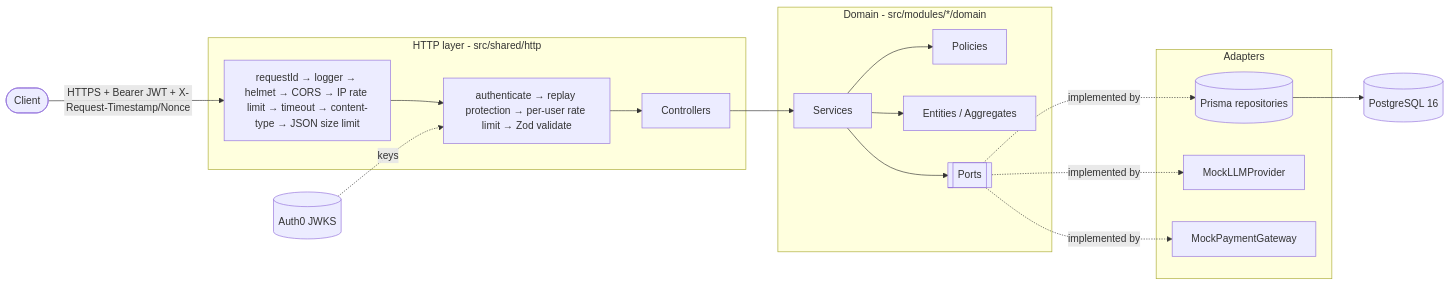
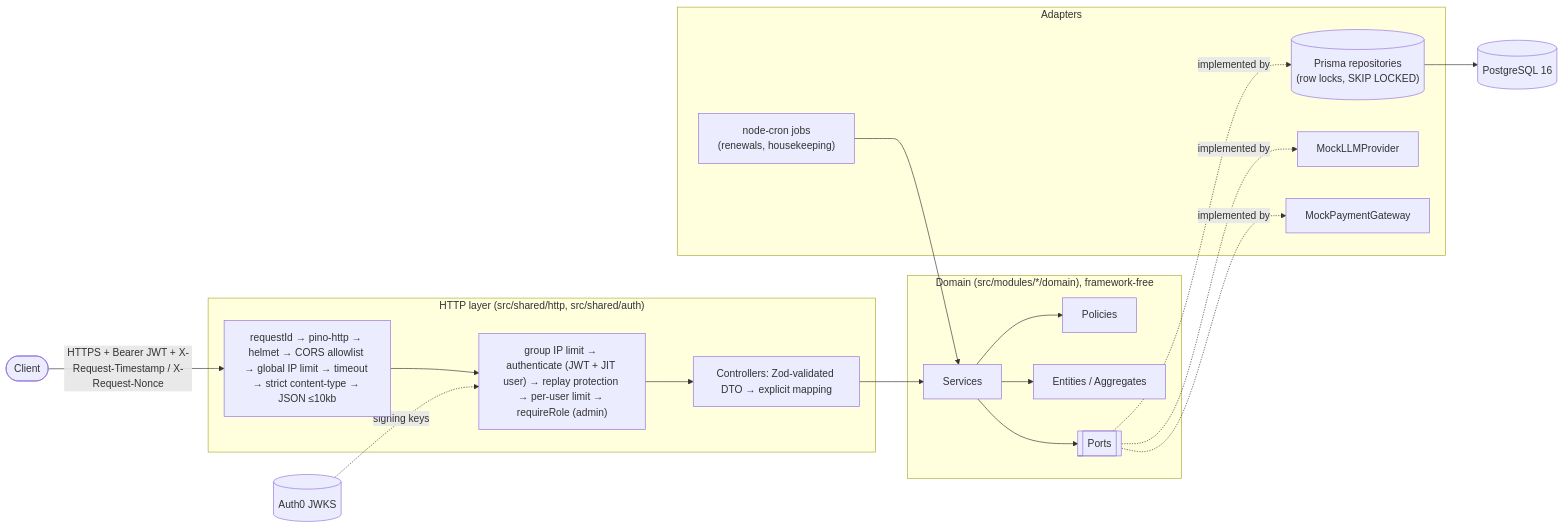
One commit to shees-commits/Muhammad_Shees changed the first of 3 diagrams in README.md. Above: the diagram before and after it, drawn with Mermaid. The commit also changed other lines of this file and 14 other files, not shown here.

````diff
--- a/README.md
+++ b/README.md
@@ -36,30 +43,32 @@
 ```mermaid
 flowchart LR
-  client([Client]) -->|HTTPS + Bearer JWT + X-Request-Timestamp/Nonce| mw
+  client([Client]) -->|HTTPS + Bearer JWT + X-Request-Timestamp / X-Request-Nonce| mw
 
-  subgraph http[HTTP layer - src/shared/http]
-    mw[requestId → logger → helmet → CORS → IP rate limit → timeout → content-type → JSON size limit]
-    auth[authenticate → replay protection → per-user rate limit → Zod validate]
-    ctrl[Controllers]
-    mw --> auth --> ctrl
+  subgraph http["HTTP layer (src/shared/http, src/shared/auth)"]
+    mw["requestId → pino-http → helmet → CORS allowlist → global IP limit → timeout → strict content-type → JSON ≤10kb"]
+    guard["group IP limit → authenticate (JWT + JIT user) → replay protection → per-user limit → requireRole (admin)"]
+    ctrl["Controllers: Zod-validated DTO → explicit mapping"]
+    mw --> guard --> ctrl
   end
 
-  subgraph domain[Domain - src/modules/*/domain]
+  subgraph domain["Domain (src/modules/*/domain), framework-free"]
     svc[Services] --> pol[Policies]
     svc --> ent[Entities / Aggregates]
     svc --> ports[[Ports]]
   end
 
-  subgraph infra[Adapters]
-    repo[(Prisma repositories)]
+  subgraph adapters[Adapters]
+    repo[("Prisma repositories<br/>(row locks, SKIP LOCKED)")]
     llm[MockLLMProvider]
     pay[MockPaymentGateway]
+    jobs["node-cron jobs<br/>(renewals, housekeeping)"]
   end
 
   ctrl --> svc
   ports -.implemented by.-> repo
   ports -.implemented by.-> llm
   ports -.implemented by.-> pay
+  jobs --> svc
   repo --> pg[(PostgreSQL 16)]
-  idp[(Auth0 JWKS)] -.keys.-> auth
+  idp[(Auth0 JWKS)] -.signing keys.-> guard
 ```
````
